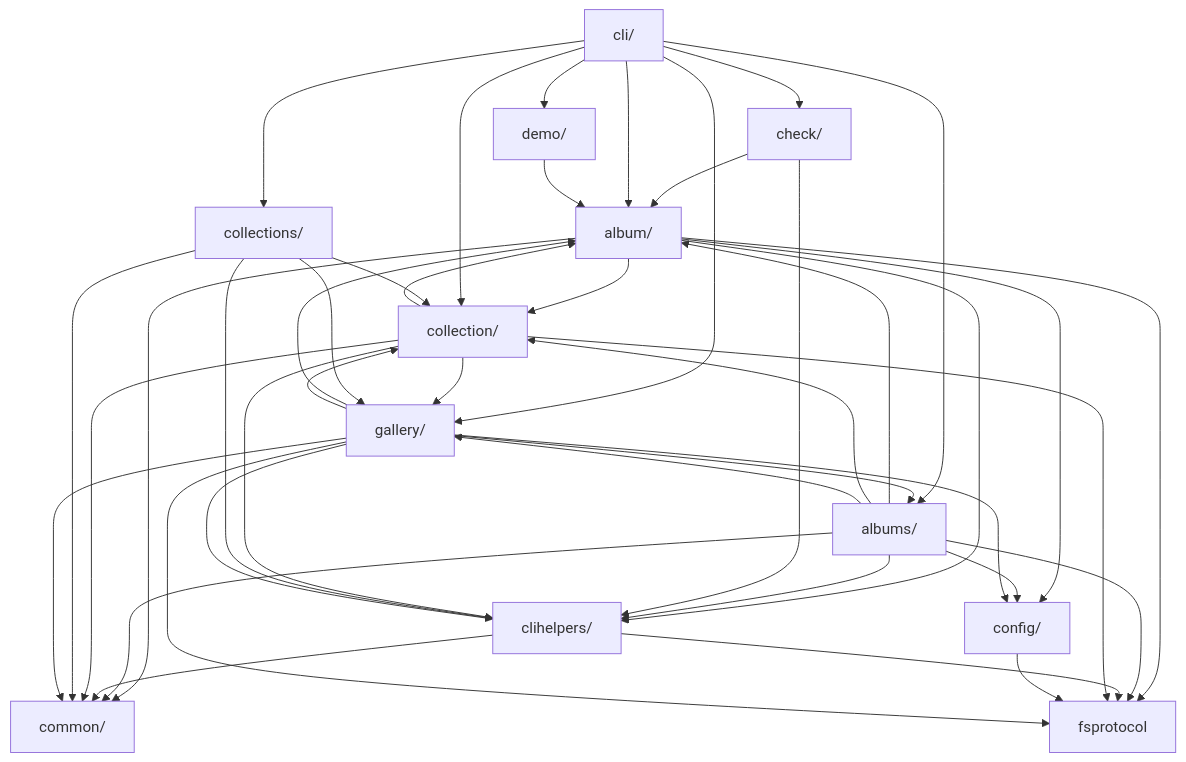
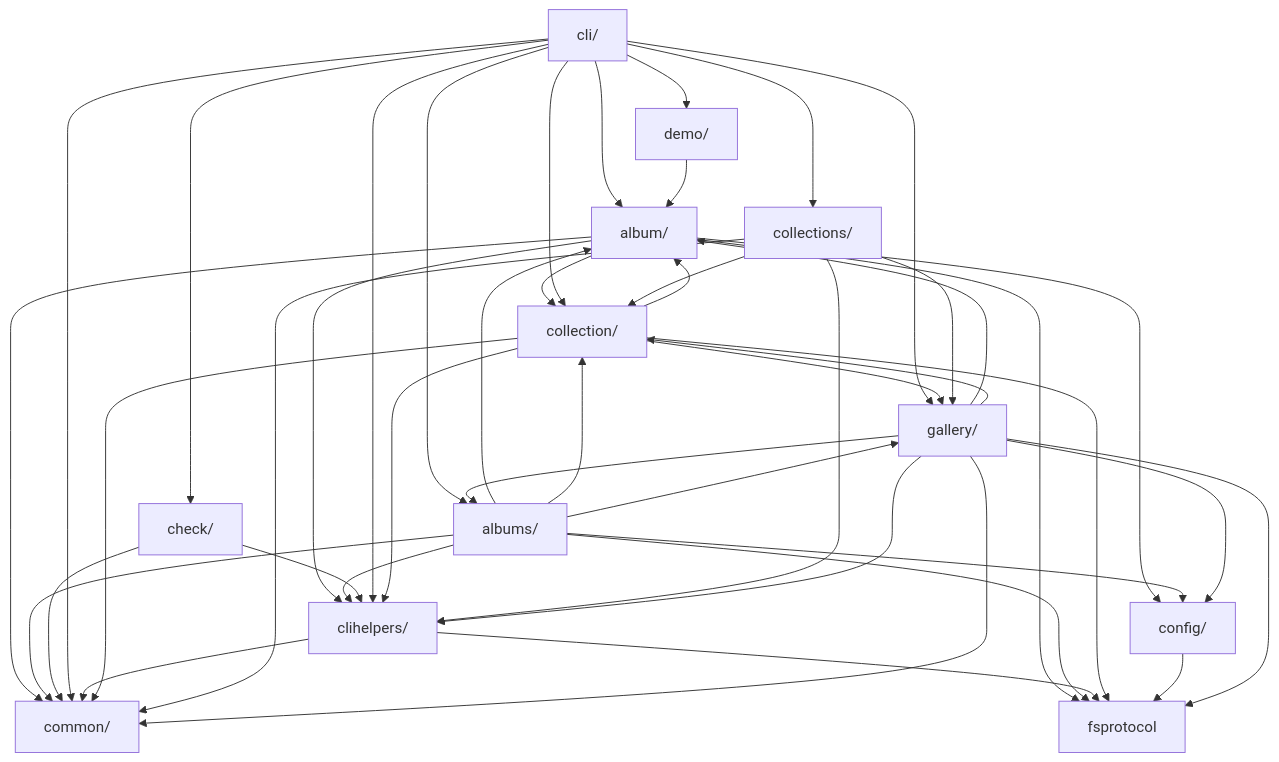
Before and after one commit to iglootools/photree: the diagram in docs/architecture.md, drawn with Mermaid. The commit also changed 35 other files, not shown here.

````diff
--- a/docs/architecture.md
+++ b/docs/architecture.md
@@ -17,57 +17,59 @@
 ```mermaid
 graph TD
     album["album/"]
     albums["albums/"]
     check["check/"]
     cli["cli/"]
     clihelpers["clihelpers/"]
     collection["collection/"]
     collections["collections/"]
     common["common/"]
     config["config/"]
     demo["demo/"]
     fsprotocol["fsprotocol"]
     gallery["gallery/"]
 
     album --> clihelpers
     album --> collection
     album --> common
     album --> config
     album --> fsprotocol
     albums --> album
     albums --> clihelpers
     albums --> collection
     albums --> common
     albums --> config
     albums --> fsprotocol
     albums --> gallery
-    check --> album
     check --> clihelpers
+    check --> common
     cli --> album
     cli --> albums
     cli --> check
+    cli --> clihelpers
     cli --> collection
     cli --> collections
+    cli --> common
     cli --> demo
     cli --> gallery
     clihelpers --> common
     clihelpers --> fsprotocol
     collection --> album
     collection --> clihelpers
     collection --> common
     collection --> fsprotocol
     collection --> gallery
     collections --> clihelpers
     collections --> collection
     collections --> common
     collections --> gallery
     config --> fsprotocol
     demo --> album
     gallery --> album
     gallery --> albums
     gallery --> clihelpers
     gallery --> collection
     gallery --> common
     gallery --> config
     gallery --> fsprotocol
 ```
````
